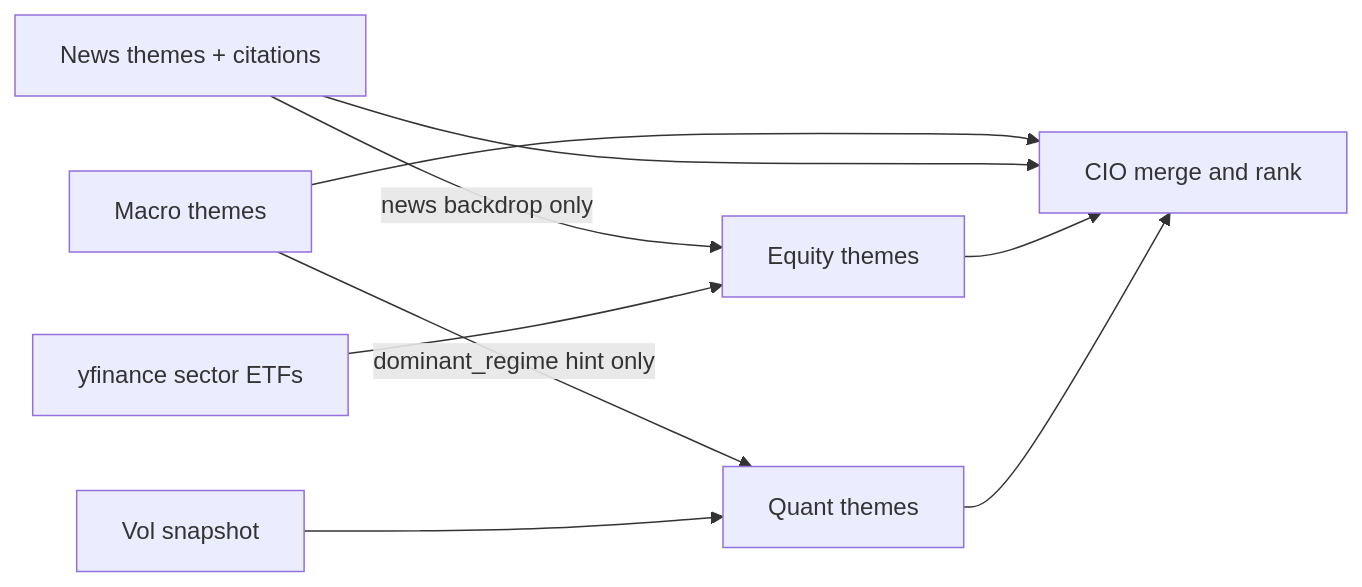
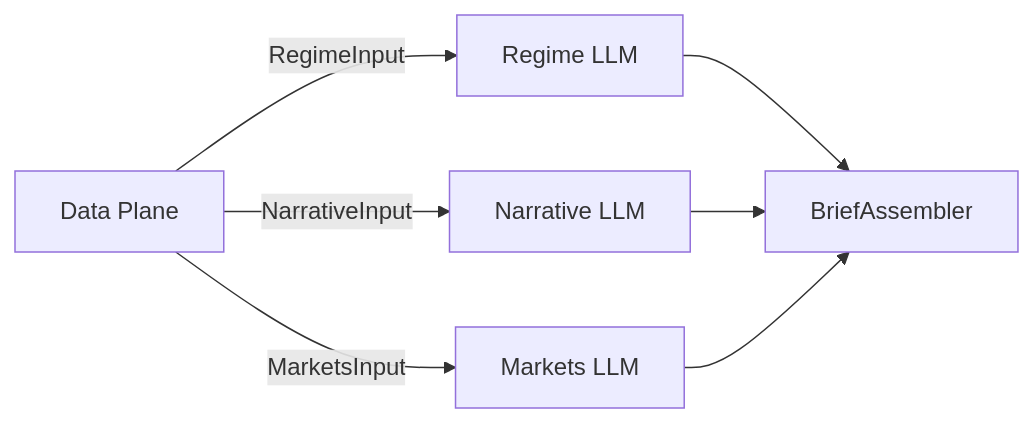
Before and after one commit to wanmingz/investment_agent: the diagram in README.md, drawn with Mermaid. The commit also changed other lines of this file and 20 other files, not shown here.

````diff
--- a/README.md
+++ b/README.md
@@ -106,16 +102,13 @@
 ```mermaid
 flowchart LR
-    M[Macro themes]
-    N[News themes + citations]
-    F[yfinance sector ETFs]
-    E[Equity themes]
-    V[Vol snapshot]
-    Q[Quant themes]
-    CIO[CIO merge and rank]
+    DP[Data Plane]
+    R[Regime LLM]
+    N[Narrative LLM]
+    M[Markets LLM]
+  A[BriefAssembler]
 
-    M -->|dominant_regime hint only| Q
-    N -->|news backdrop only| E
-    F --> E
-    V --> Q
-    M & N & E & Q --> CIO
+    DP -->|RegimeInput| R
+    DP -->|NarrativeInput| N
+    DP -->|MarketsInput| M
+    R & N & M --> A
 ```
````
